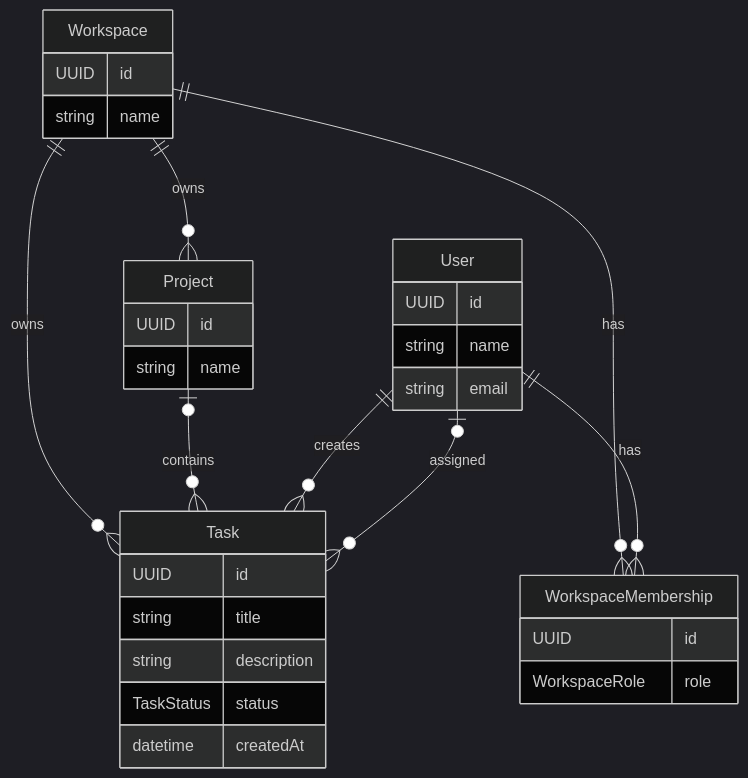
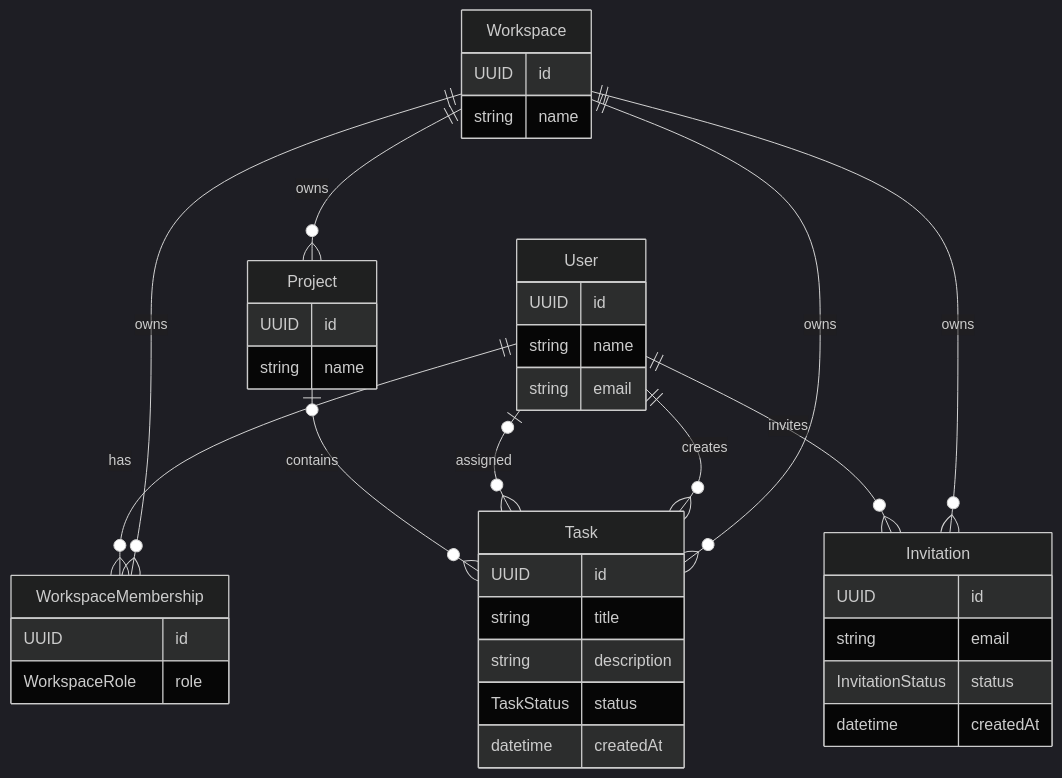
The diagram in docs/domain/domain-diagram.md (AlexOlivella/taskflow-ai), drawn with Mermaid (dark theme) before and after one commit. The commit also changed 3 other files, not shown here.

Commit message:
docs(use-cases): add UC-002 invite user to workspace

````diff
--- a/docs/domain/domain-diagram.md
+++ b/docs/domain/domain-diagram.md
@@ -5,42 +5,53 @@
 ```mermaid
 erDiagram
 
     Workspace {
         UUID id
         string name
     }
 
     User {
         UUID id
         string name
         string email
     }
 
     WorkspaceMembership {
         UUID id
         WorkspaceRole role
     }
 
     Project {
         UUID id
         string name
     }
 
     Task {
         UUID id
         string title
         string description
         TaskStatus status
         datetime createdAt
     }
 
+    Invitation {
+        UUID id
+        string email
+        InvitationStatus status
+        datetime createdAt
+    }
+
     Workspace ||--o{ Project : owns
     Workspace ||--o{ Task : owns
-    Workspace ||--o{ WorkspaceMembership : has
+    Workspace ||--o{ WorkspaceMembership : owns
+    Workspace ||--o{ Invitation : owns
+
     User      ||--o{ WorkspaceMembership : has
-    Project   o|--o{ Task : contains
     User      ||--o{ Task : creates
     User      o|--o{ Task : assigned
+    User      ||--o{ Invitation : invites
+
+    Project   o|--o{ Task : contains
 
 
 ```
````
